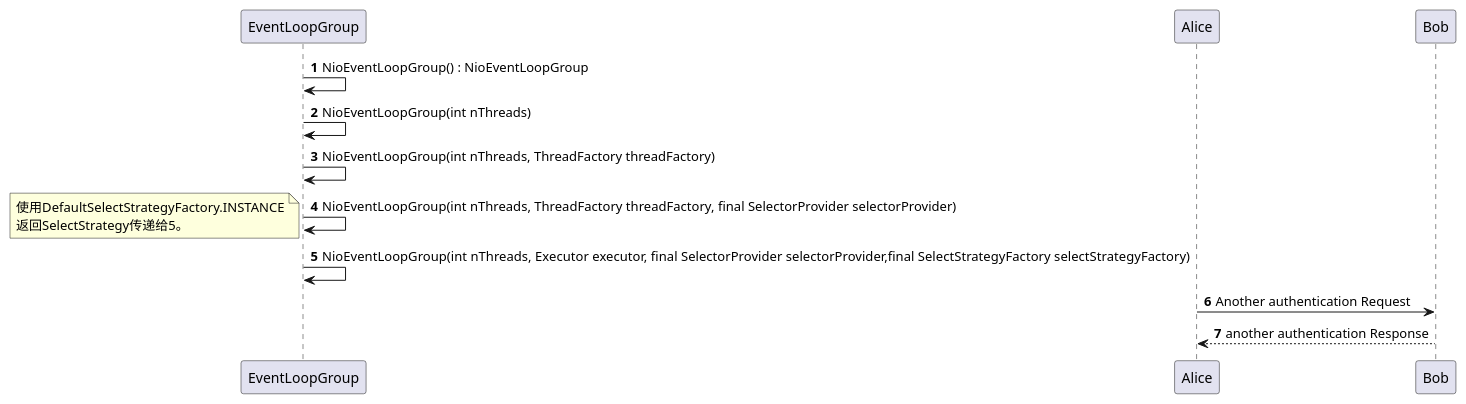
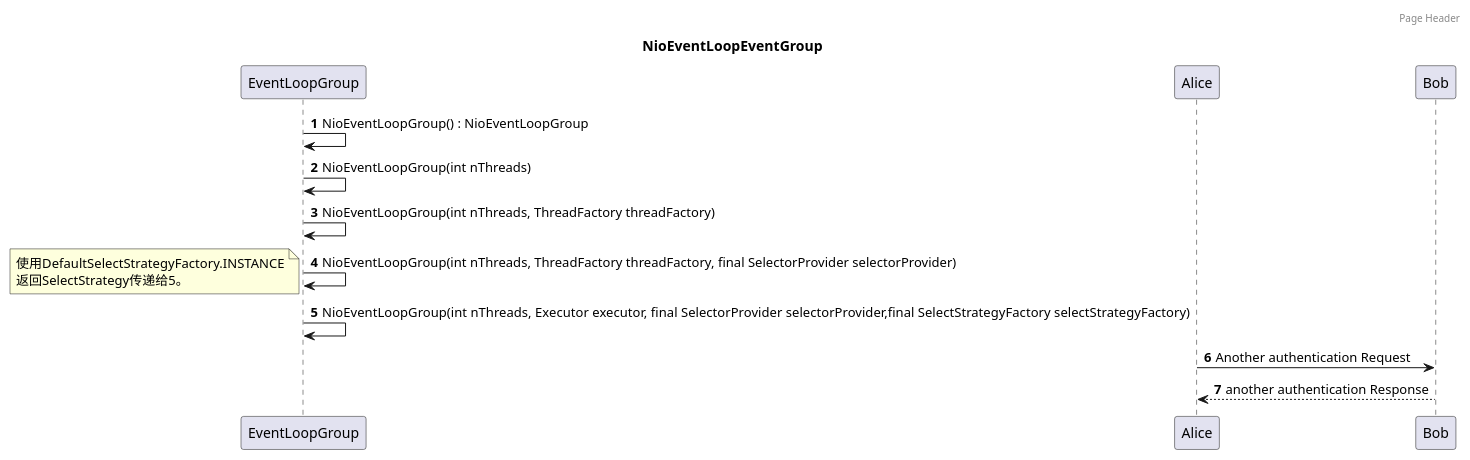
One commit to gnehcgnaw/netty-samples changed the diagram in src/main/resources/nioeventloopgroup/nioeventloopgroup.puml. Above: the diagram before and after it, drawn with PlantUML.

Commit message:
添加header和title

```diff
--- a/src/main/resources/nioeventloopgroup/nioeventloopgroup.puml
+++ b/src/main/resources/nioeventloopgroup/nioeventloopgroup.puml
@@ -1,11 +1,13 @@
 @startuml
+header Page Header
+title NioEventLoopEventGroup
 autonumber
 EventLoopGroup -> EventLoopGroup: NioEventLoopGroup() : NioEventLoopGroup
 EventLoopGroup -> EventLoopGroup: NioEventLoopGroup(int nThreads)
 EventLoopGroup -> EventLoopGroup: NioEventLoopGroup(int nThreads, ThreadFactory threadFactory)
 EventLoopGroup -> EventLoopGroup: NioEventLoopGroup(int nThreads, ThreadFactory threadFactory, final SelectorProvider selectorProvider)
 note left : 使用DefaultSelectStrategyFactory.INSTANCE\n返回SelectStrategy传递给5。
 EventLoopGroup -> EventLoopGroup: NioEventLoopGroup(int nThreads, Executor executor, final SelectorProvider selectorProvider,final SelectStrategyFactory selectStrategyFactory)
 Alice -> Bob: Another authentication Request
 Alice <-- Bob: another authentication Response
 @enduml
```
